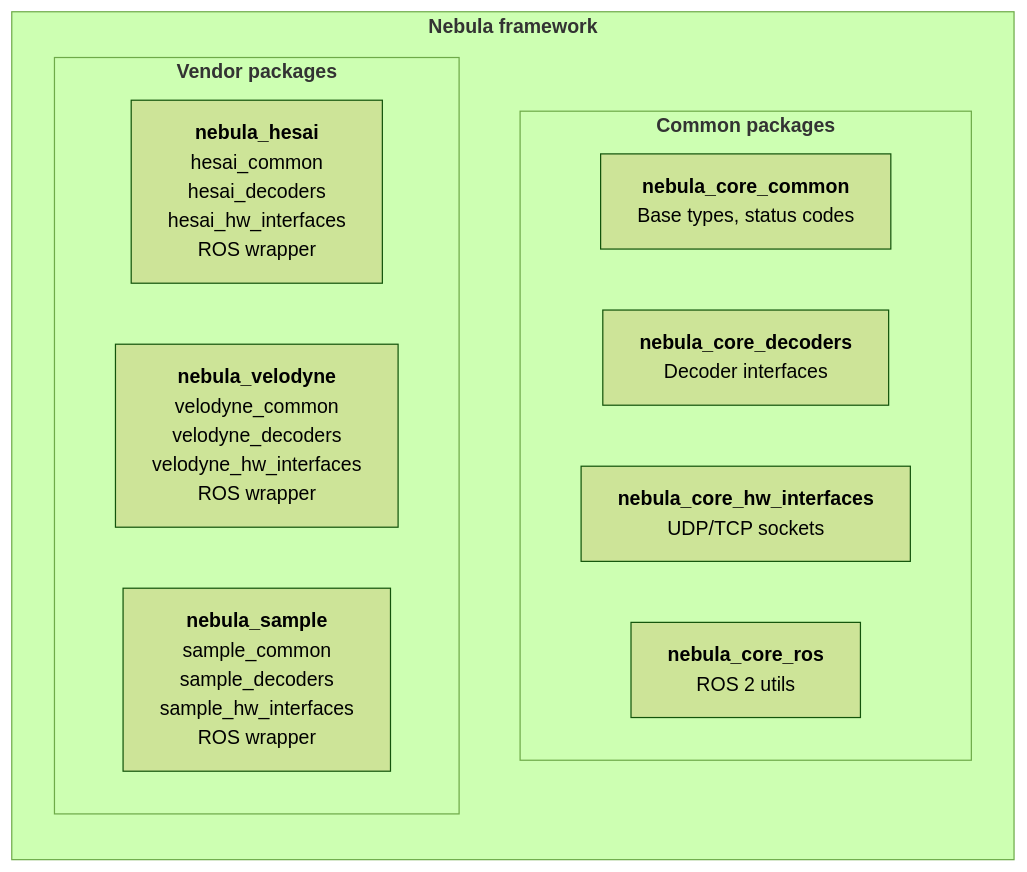
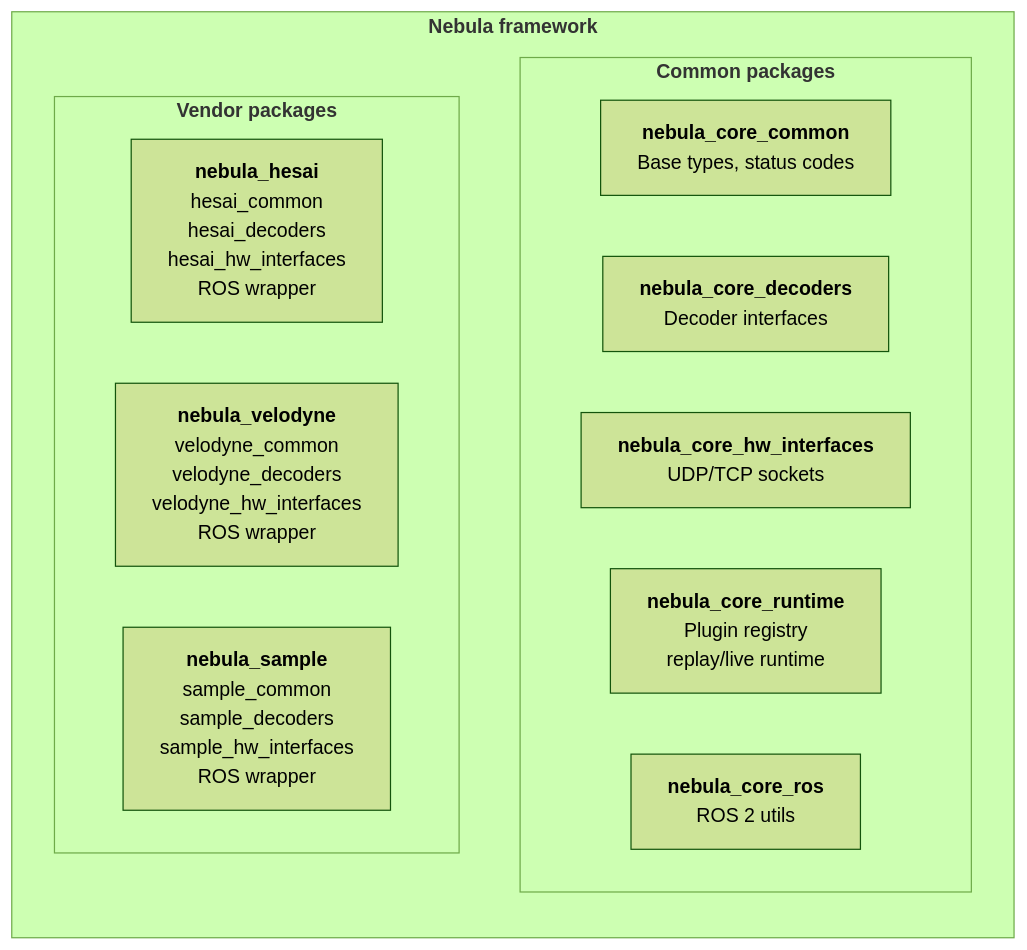
The first of 2 diagrams in docs/integration_guide.md (drwnz/nebula), drawn with Mermaid (forest theme) before and after one commit. The commit also changed other lines of this file and 6 other files, not shown here.

````diff
--- a/docs/integration_guide.md
+++ b/docs/integration_guide.md
@@ -12,25 +12,26 @@
 ```mermaid
 graph TB
 
     %% --- GRAPH STRUCTURE ---
     subgraph Nebula["<b>Nebula framework</b>"]
         direction TB
 
         subgraph Common["<b>Common packages</b>"]
             direction LR
             C1["<b>nebula_core_common</b><br/>Base types, status codes"]
             C2["<b>nebula_core_decoders</b><br/>Decoder interfaces"]
             C3["<b>nebula_core_hw_interfaces</b><br/>UDP/TCP sockets"]
-            C4["<b>nebula_core_ros</b><br/>ROS 2 utils"]
+            C4["<b>nebula_core_runtime</b><br/>Plugin registry<br/>replay/live runtime"]
+            C5["<b>nebula_core_ros</b><br/>ROS 2 utils"]
         end
 
         subgraph Vendors["<b>Vendor packages</b>"]
             direction LR
             Hesai["<b>nebula_hesai</b><br/>hesai_common<br/>hesai_decoders<br/>hesai_hw_interfaces<br/>ROS wrapper"]
 
             Velodyne["<b>nebula_velodyne</b><br/>velodyne_common<br/>velodyne_decoders<br/>velodyne_hw_interfaces<br/>ROS wrapper"]
 
             Sample["<b>nebula_sample</b><br/>sample_common<br/>sample_decoders<br/>sample_hw_interfaces<br/>ROS wrapper"]
         end
     end
 ```
````
